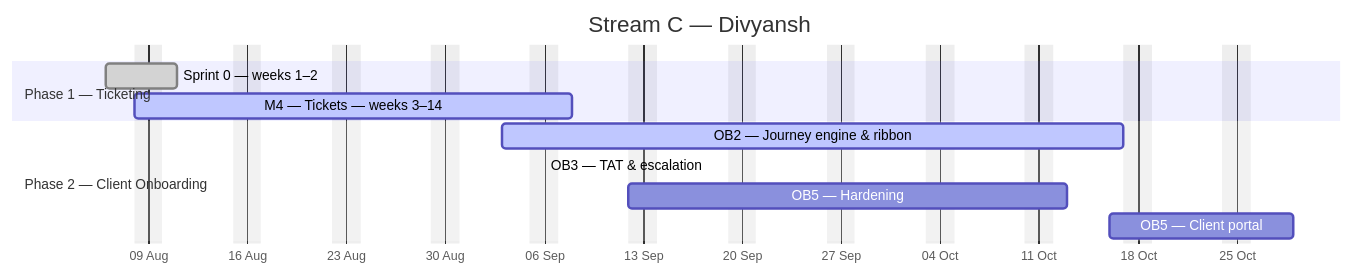
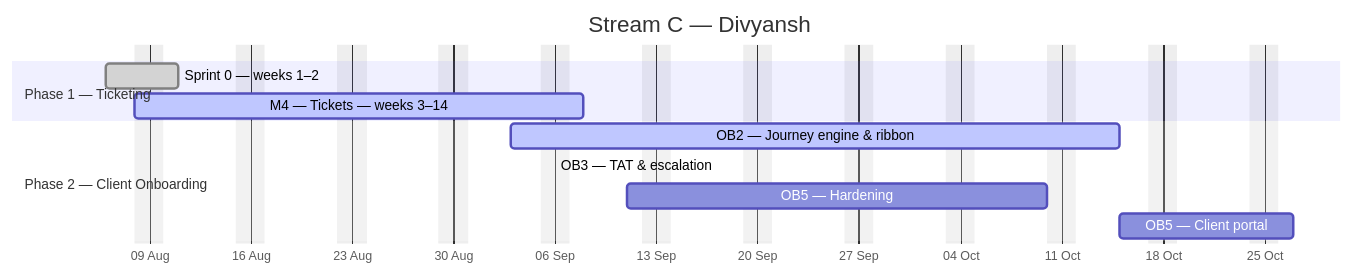
One commit to debashisedunext/EduTrack changed the third of 4 diagrams in docs/plan/GANTT.md. Above: the diagram before and after it, drawn with Mermaid. The commit also changed other lines of this file and 2 other files, not shown here.

````diff
--- a/docs/plan/GANTT.md
+++ b/docs/plan/GANTT.md
@@ -169,15 +174,15 @@
 ```mermaid
 gantt
     dateFormat YYYY-MM-DD
     axisFormat %d %b
     title Stream C — Divyansh
     excludes weekends
     section Phase 1 — Ticketing
     Sprint 0 — weeks 1–2 :done, c0, 2026-08-06, 3d
     M4 — Tickets — weeks 3–14 :active, c1, 2026-08-08, 22d
     section Phase 2 — Client Onboarding
-    OB2 — Journey engine & ribbon :active, c2, 2026-09-03, 32d
-    OB3 — TAT & escalation :active, c3, 2026-09-06, -34d
-    OB5 — Hardening :c4, 2026-09-12, 22d
-    OB5 — Client portal :c5, 2026-10-16, 9d
+    OB2 — Journey engine & ribbon :active, c2, 2026-09-03, 30d
+    OB3 — TAT & escalation :active, c3, 2026-09-06, -36d
+    OB5 — Hardening :c4, 2026-09-11, 21d
+    OB5 — Client portal :c5, 2026-10-15, 8d
 ```
````
